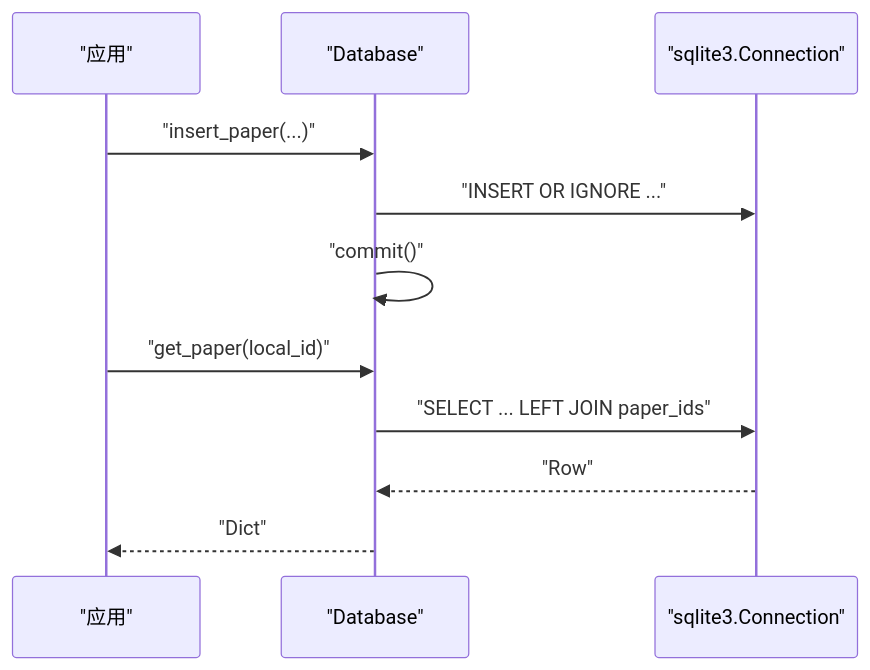
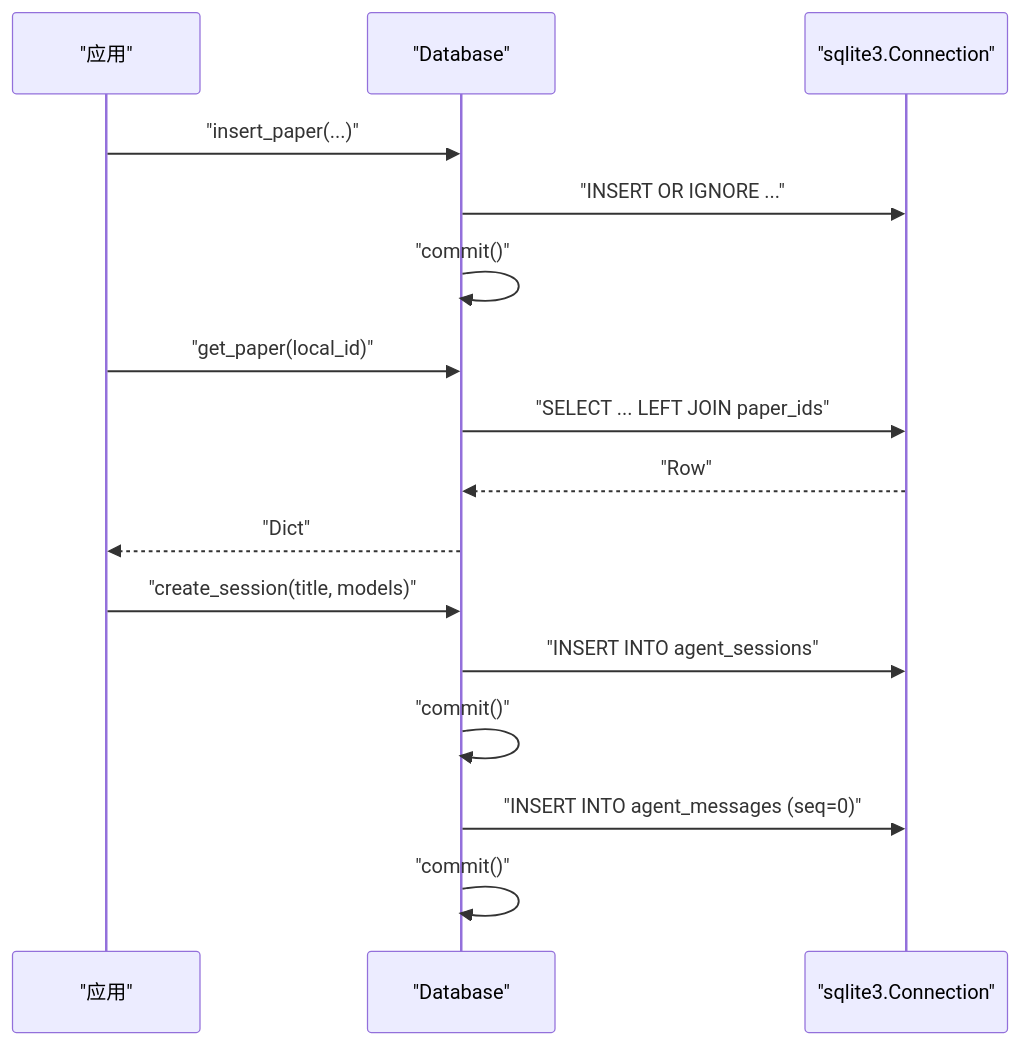
One commit to UynajGI/drbrain changed the sixth of 8 diagrams in .qoder/repowiki/zh/content/核心模块详解/存储管理系统/数据库管理.md. Above: the diagram before and after it, drawn with Mermaid. The commit also changed other lines of this file and 6 other files, not shown here.

````diff
--- a/.qoder/repowiki/zh/content/核心模块详解/存储管理系统/数据库管理.md
+++ b/.qoder/repowiki/zh/content/核心模块详解/存储管理系统/数据库管理.md
@@ -352,13 +485,18 @@
 ```mermaid
 sequenceDiagram
 participant App as "应用"
 participant DB as "Database"
 participant Conn as "sqlite3.Connection"
 App->>DB : "insert_paper(...)"
 DB->>Conn : "INSERT OR IGNORE ..."
 DB->>DB : "commit()"
 App->>DB : "get_paper(local_id)"
 DB->>Conn : "SELECT ... LEFT JOIN paper_ids"
 Conn-->>DB : "Row"
 DB-->>App : "Dict"
+App->>DB : "create_session(title, models)"
+DB->>Conn : "INSERT INTO agent_sessions"
+DB->>DB : "commit()"
+DB->>Conn : "INSERT INTO agent_messages (seq=0)"
+DB->>DB : "commit()"
 ```
````
